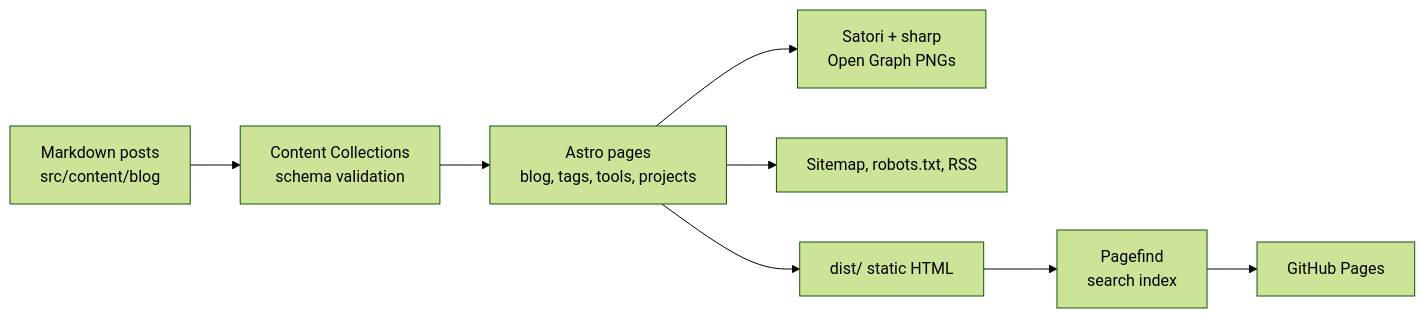
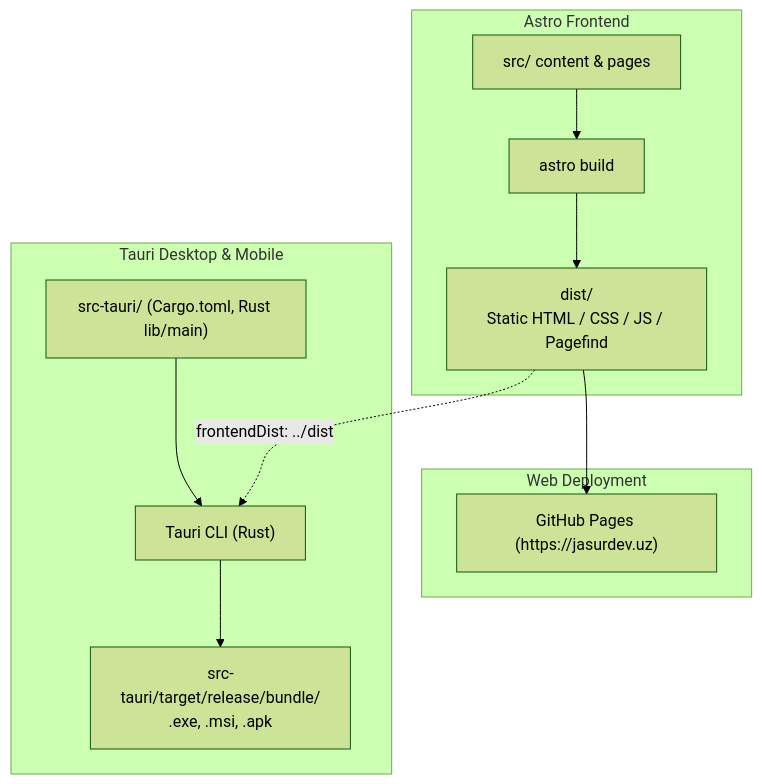
The diagram in README.md (hexjasur/Jasurbek), drawn with Mermaid (forest theme) before and after one commit. The commit also changed other lines of this file, not shown here.

First line of the commit message:
docs: streamline README and document Tauri v2 architecture

````diff
--- a/README.md
+++ b/README.md
@@ -137,10 +92,17 @@
 ```mermaid
-flowchart LR
-  MD["Markdown posts<br/>src/content/blog"] --> CC["Content Collections<br/>schema validation"]
-  CC --> PAGES["Astro pages<br/>blog, tags, tools, projects"]
-  PAGES --> OG["Satori + sharp<br/>Open Graph PNGs"]
-  PAGES --> FEEDS["Sitemap, robots.txt, RSS"]
-  PAGES --> DIST["dist/ static HTML"]
-  DIST --> PF["Pagefind<br/>search index"]
-  PF --> GHP["GitHub Pages"]
+flowchart TD
+  subgraph Frontend ["Astro Frontend"]
+    SRC["src/ content & pages"] --> ASTRO["astro build"]
+    ASTRO --> DIST["dist/<br/>Static HTML / CSS / JS / Pagefind"]
+  end
+
+  subgraph WebTarget ["Web Deployment"]
+    DIST --> GHP["GitHub Pages (https://jasurdev.uz)"]
+  end
+
+  subgraph NativeTarget ["Tauri Desktop & Mobile"]
+    DIST -.->|"frontendDist: ../dist"| TAURI["Tauri CLI (Rust)"]
+    RUST["src-tauri/ (Cargo.toml, Rust lib/main)"] --> TAURI
+    TAURI --> TARGET["src-tauri/target/release/bundle/<br/>.exe, .msi, .apk"]
+  end
 ```
````
